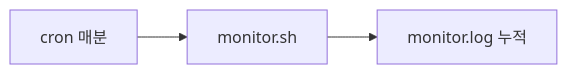
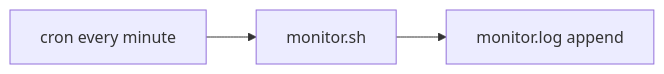
Before and after one commit to MetaStudy999/codyssey-basic-b1-1-system-monitor: the tenth of 12 diagrams in training/round-01-clear/BEGINNER-GUIDE.md, drawn with Mermaid. The commit also changed other lines of this file, not shown here.

````diff
--- a/training/round-01-clear/BEGINNER-GUIDE.md
+++ b/training/round-01-clear/BEGINNER-GUIDE.md
@@ -845,4 +857,4 @@
 ```mermaid
 flowchart LR
-    A[cron 매분] --> B[monitor.sh] --> C[monitor.log 누적]
+    A[cron every minute] --> B[monitor.sh] --> C[monitor.log append]
 ```
````
